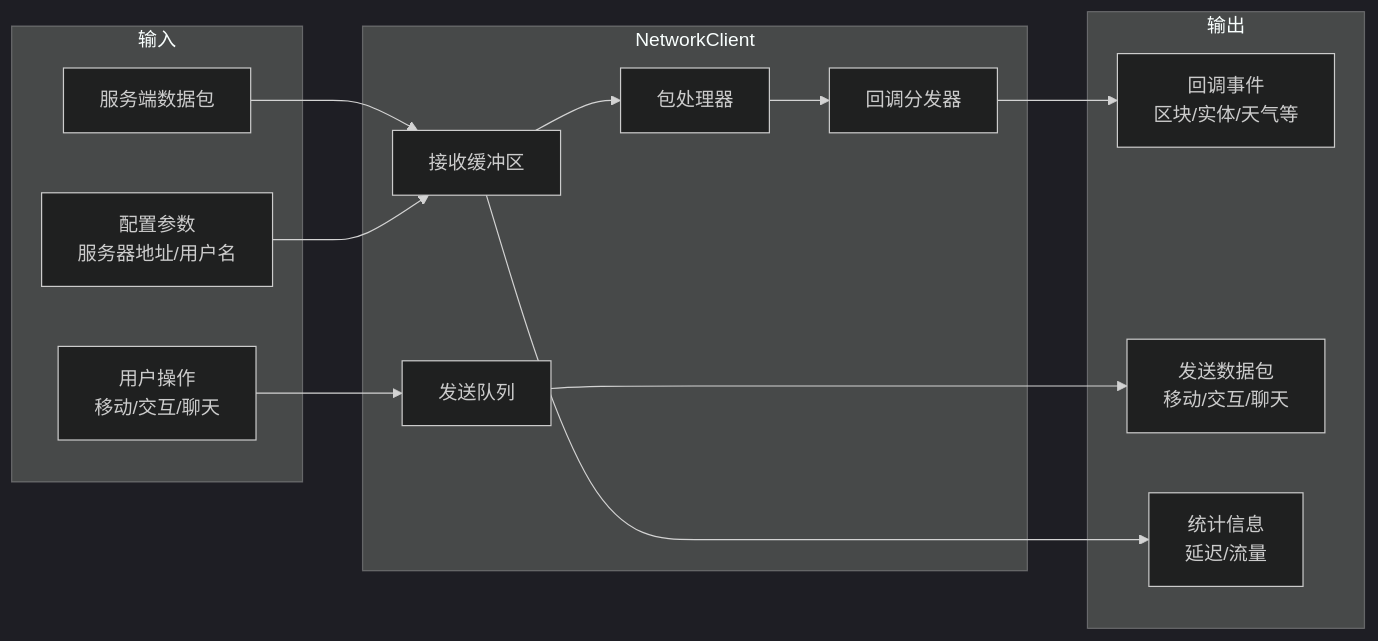
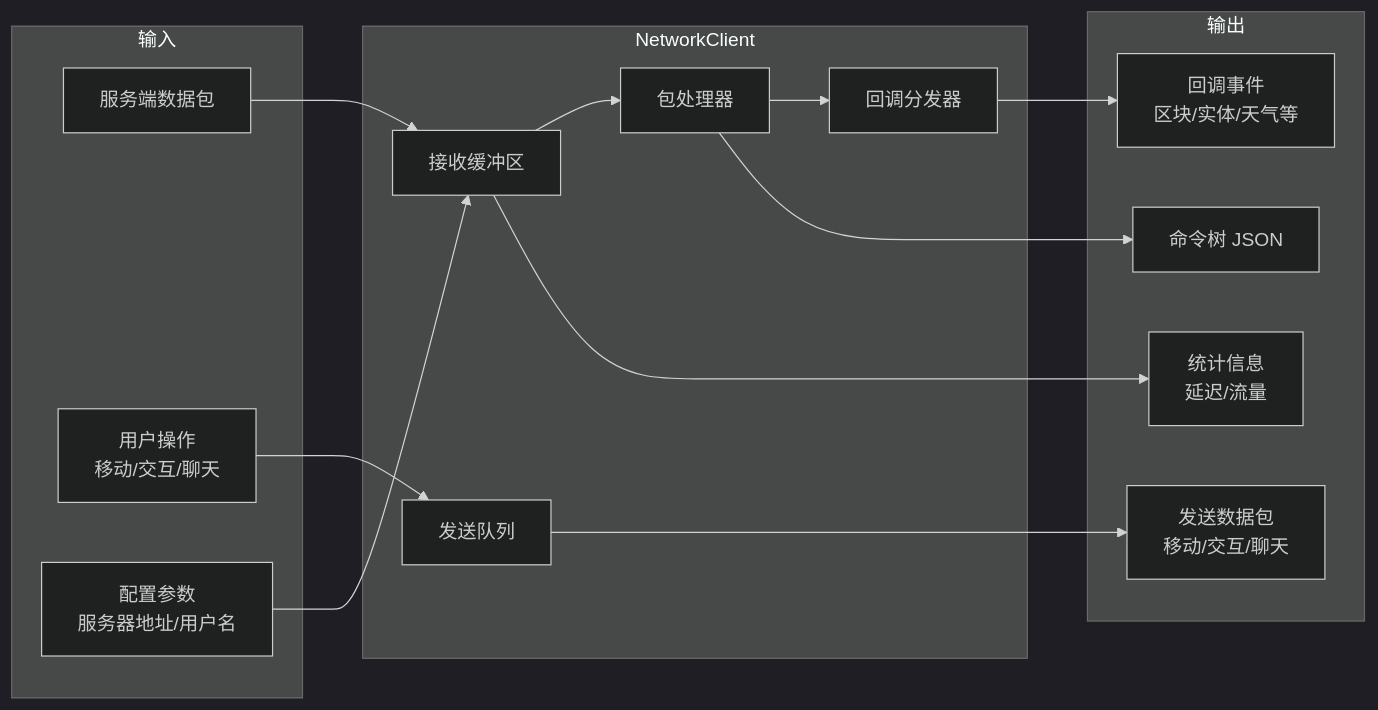
Before and after one commit to g122622/Cubium: the second of 4 diagrams in src/client/network/README.md, drawn with Mermaid (dark theme). The commit also changed other lines of this file and 32 other files, not shown here.

````diff
--- a/src/client/network/README.md
+++ b/src/client/network/README.md
@@ -290,32 +294,34 @@
 ```mermaid
 flowchart LR
     subgraph 输入
         A1[服务端数据包]
         A2[用户操作<br/>移动/交互/聊天]
         A3[配置参数<br/>服务器地址/用户名]
     end
 
     subgraph NetworkClient
         B1[接收缓冲区]
         B2[发送队列]
         B3[包处理器]
         B4[回调分发器]
     end
 
     subgraph 输出
         C1[回调事件<br/>区块/实体/天气等]
         C2[发送数据包<br/>移动/交互/聊天]
         C3[统计信息<br/>延迟/流量]
+        C4[命令树 JSON]
     end
 
     A1 --> B1
     A2 --> B2
     A3 --> B1
 
     B1 --> B3
     B3 --> B4
     B4 --> C1
+    B3 --> C4
 
     B2 --> C2
     B1 --> C3
 ```
````
